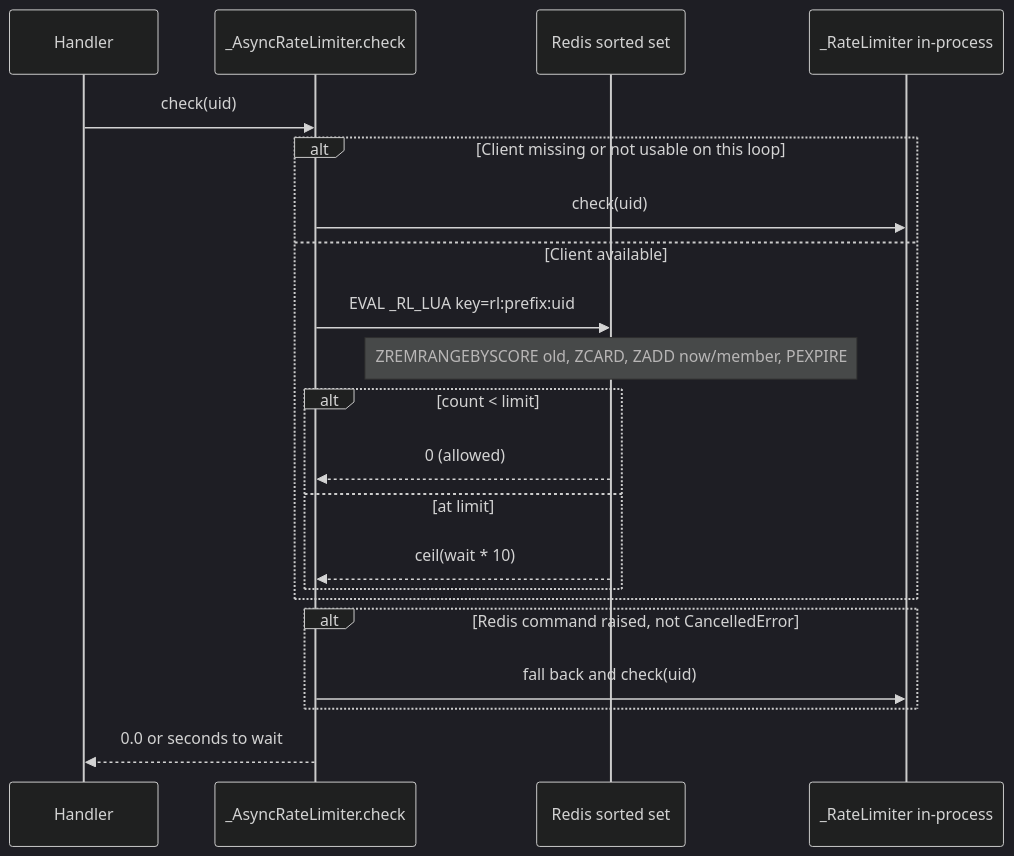
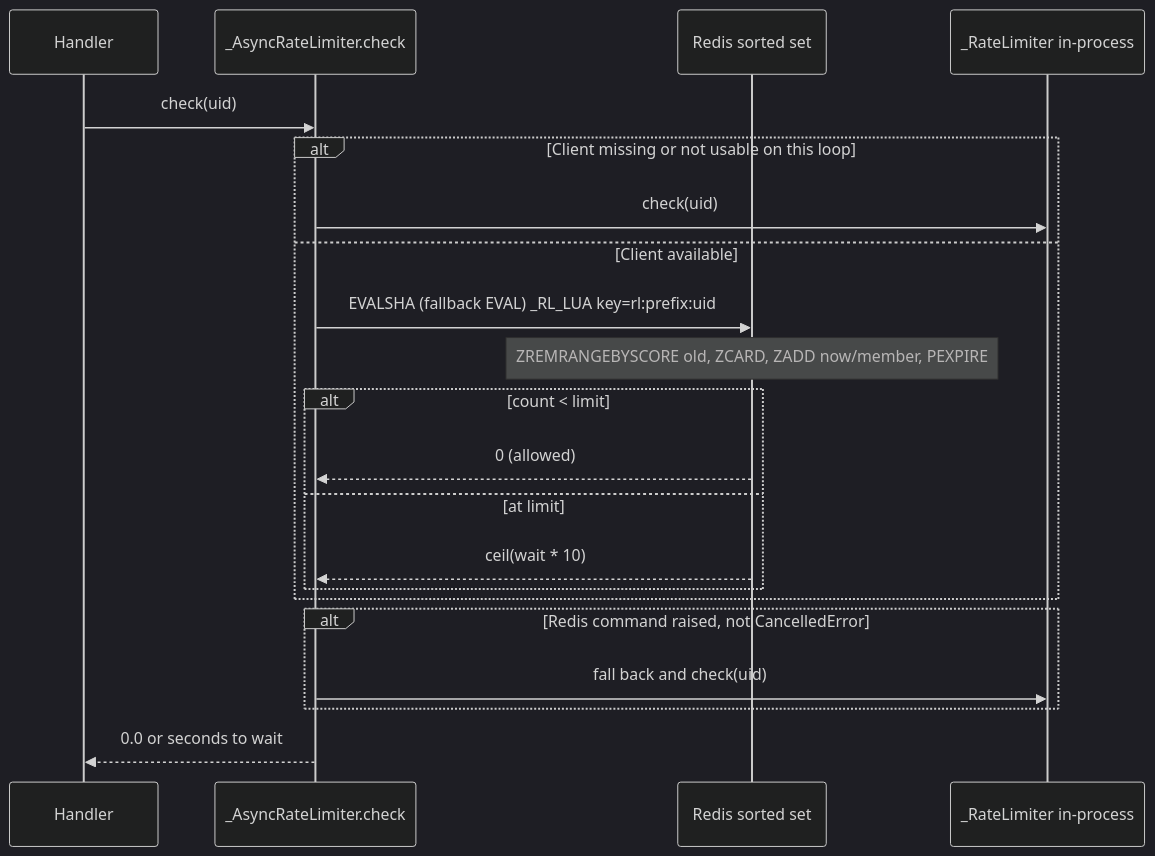
One commit to D1ZZY4/tcbot changed the second of 3 diagrams in docs/flows/ratelimit.md. Above: the diagram before and after it, drawn with Mermaid (dark theme). The commit also changed other lines of this file and 6 other files, not shown here.

````diff
--- a/docs/flows/ratelimit.md
+++ b/docs/flows/ratelimit.md
@@ -82,23 +82,23 @@
 ```mermaid
 sequenceDiagram
     participant Handler
     participant Async as _AsyncRateLimiter.check
     participant Redis as Redis sorted set
     participant Local as _RateLimiter in-process
     Handler->>Async: check(uid)
     alt Client missing or not usable on this loop
         Async->>Local: check(uid)
     else Client available
-        Async->>Redis: EVAL _RL_LUA key=rl:prefix:uid
+        Async->>Redis: EVALSHA (fallback EVAL) _RL_LUA key=rl:prefix:uid
         Note over Redis: ZREMRANGEBYSCORE old, ZCARD, ZADD now/member, PEXPIRE
         alt count < limit
             Redis-->>Async: 0 (allowed)
         else at limit
             Redis-->>Async: ceil(wait * 10)
         end
     end
     alt Redis command raised, not CancelledError
         Async->>Local: fall back and check(uid)
     end
     Async-->>Handler: 0.0 or seconds to wait
 ```
````
